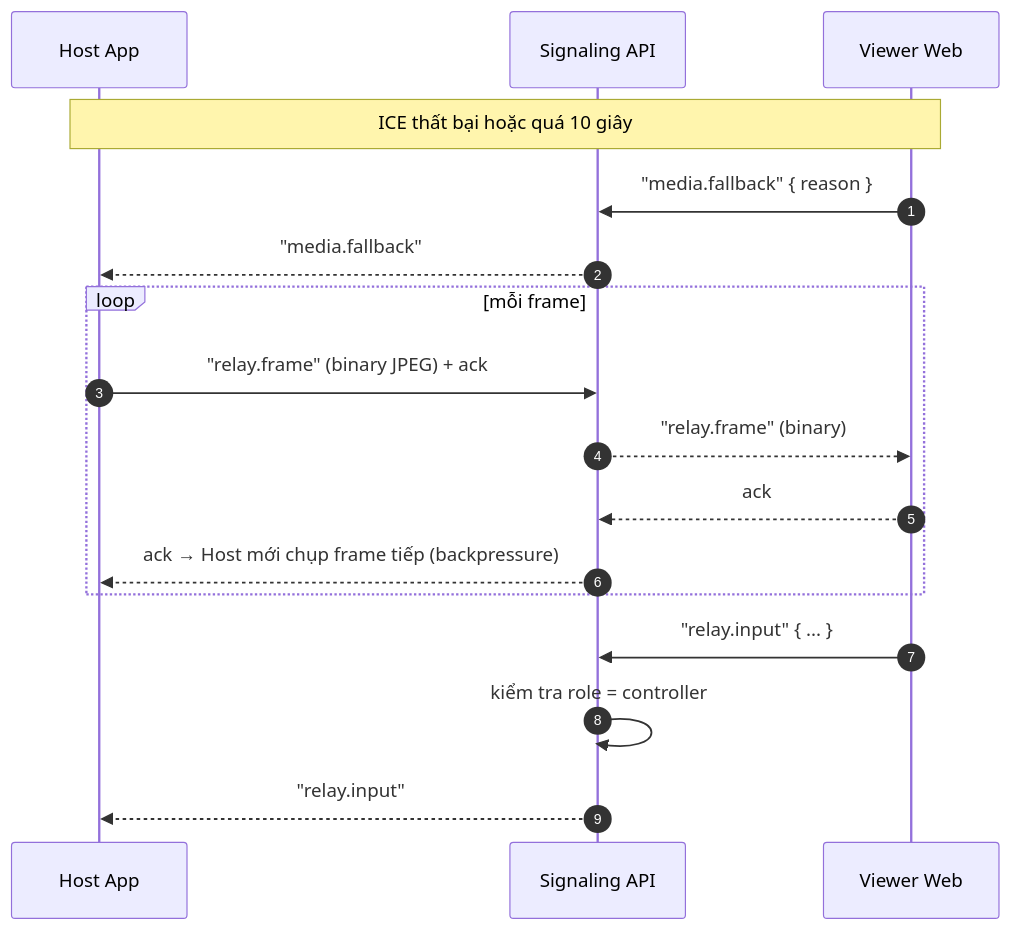
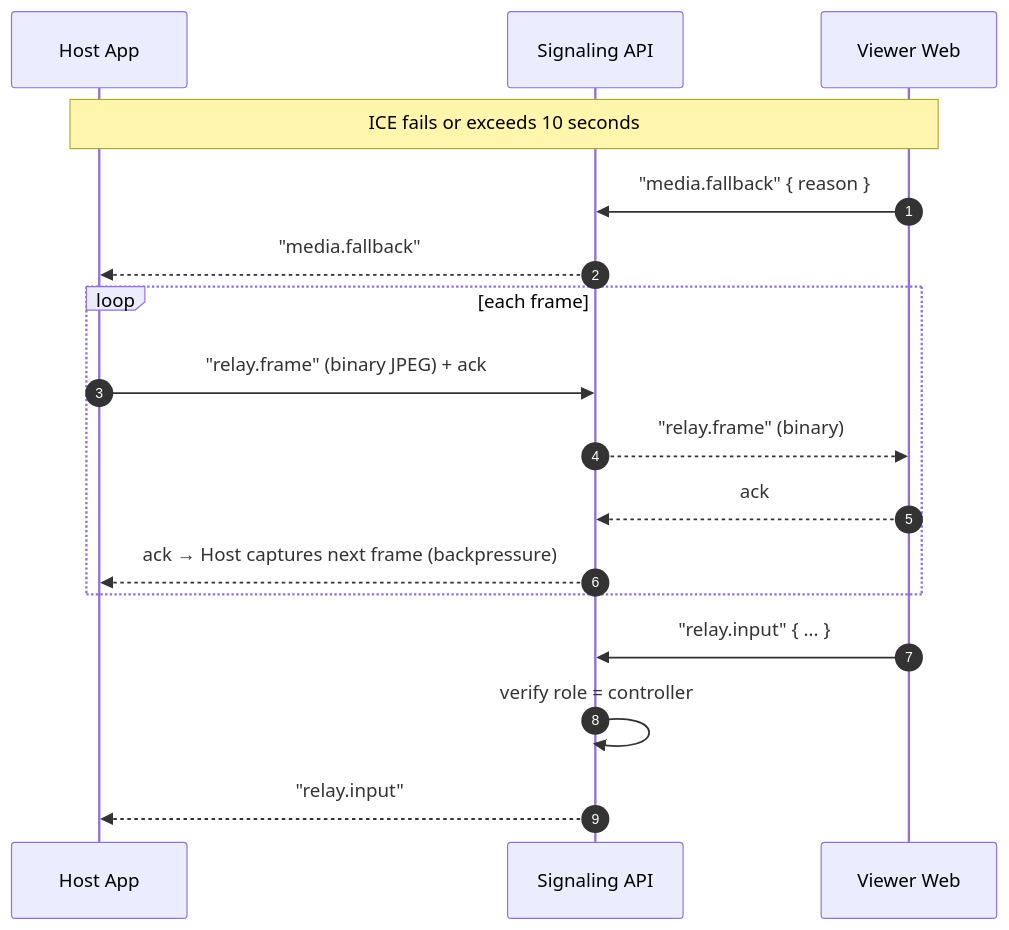
Before and after one commit to dunguyen-311201/PBL4: the fifth of 7 diagrams in docs/01-hld.md, drawn with Mermaid. The commit also changed other lines of this file and 4 other files, not shown here.

````diff
--- a/docs/01-hld.md
+++ b/docs/01-hld.md
@@ -124,20 +124,20 @@
 ```mermaid
 sequenceDiagram
     autonumber
     participant H as Host App
     participant A as Signaling API
     participant V as Viewer Web
 
-    Note over H,V: ICE thất bại hoặc quá 10 giây
+    Note over H,V: ICE fails or exceeds 10 seconds
     V->>A: "media.fallback" { reason }
     A-->>H: "media.fallback"
-    loop mỗi frame
+    loop each frame
         H->>A: "relay.frame" (binary JPEG) + ack
         A-->>V: "relay.frame" (binary)
         V-->>A: ack
-        A-->>H: ack → Host mới chụp frame tiếp (backpressure)
+        A-->>H: ack → Host captures next frame (backpressure)
     end
     V->>A: "relay.input" { ... }
-    A->>A: kiểm tra role = controller
+    A->>A: verify role = controller
     A-->>H: "relay.input"
 ```
````
